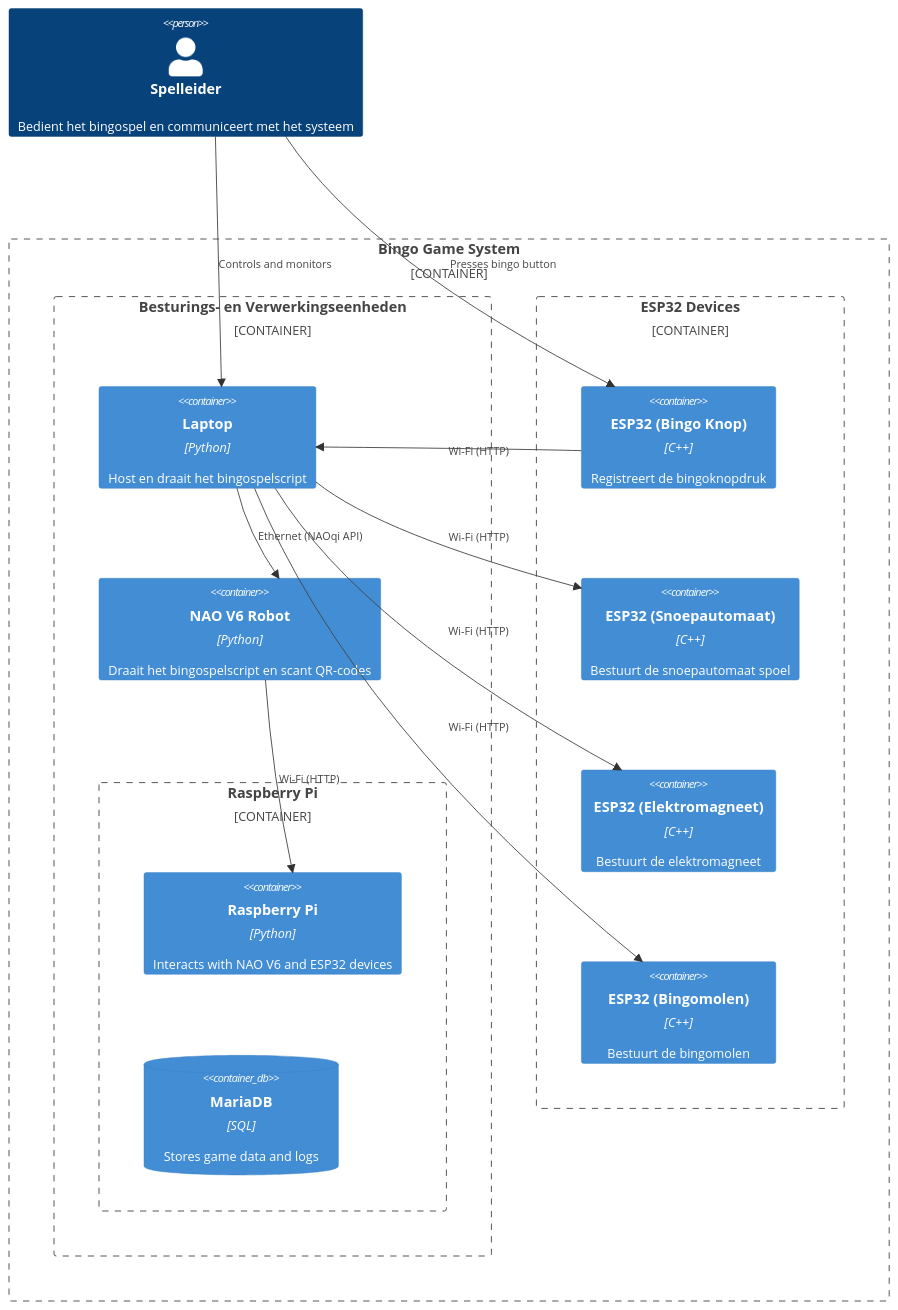
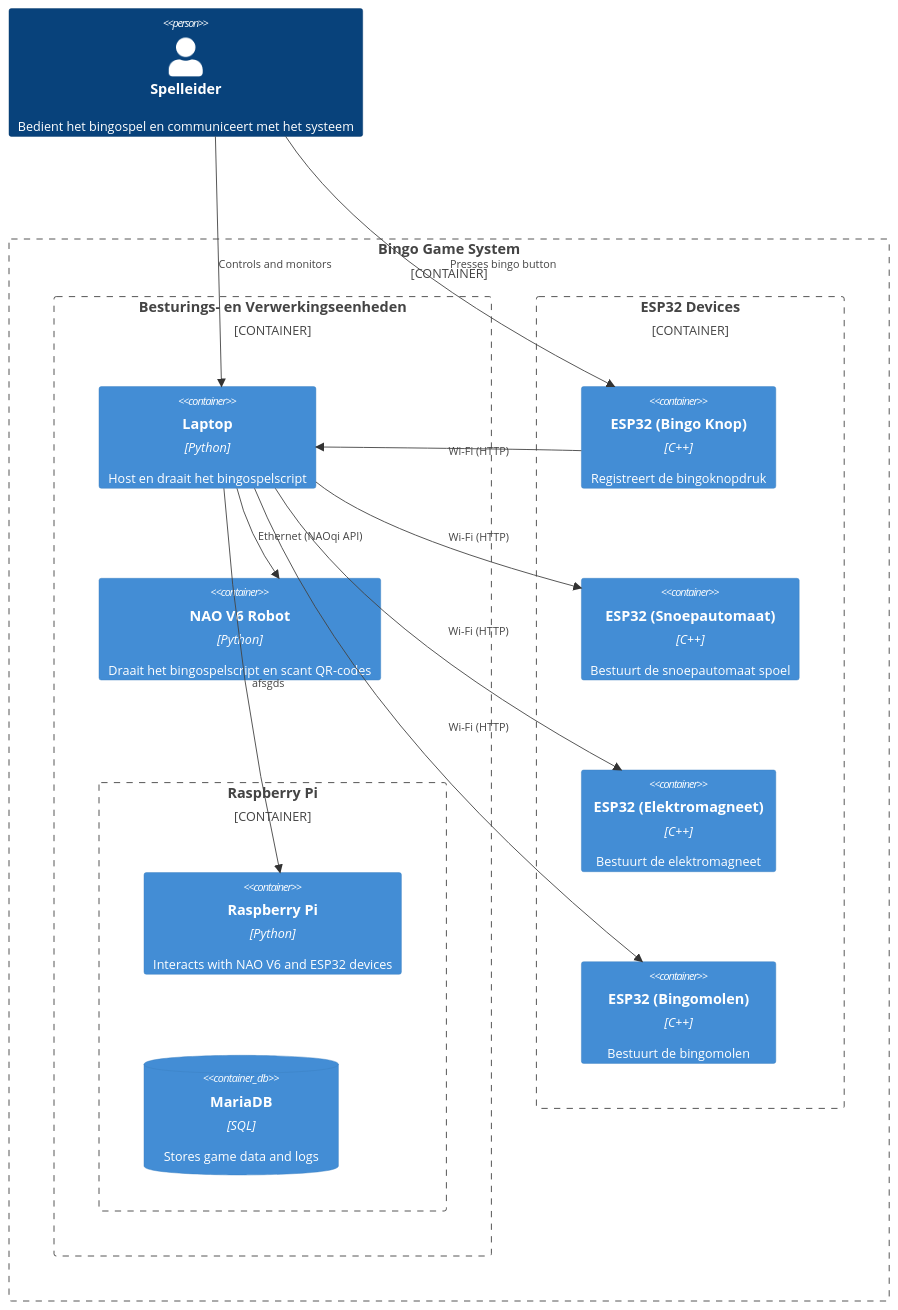
The first of 2 diagrams in docs/architecture/architecture_diagram.md (almukhabarat/bingo_game_elderly), drawn with Mermaid before and after one commit.

Commit message:
c4 system context diagram

````diff
--- a/docs/architecture/architecture_diagram.md
+++ b/docs/architecture/architecture_diagram.md
@@ -5,30 +5,30 @@
 ```mermaid
 C4Container
 Person(host, "Spelleider", "Bedient het bingospel en communiceert met het systeem")
 
 Container_Boundary(c1, "Bingo Game System") {
     Container_Boundary(c2, "Besturings- en Verwerkingseenheden") {
         Container(laptop, "Laptop", "Python", "Host en draait het bingospelscript")
         Container(nao_v6, "NAO V6 Robot", "Python", "Draait het bingospelscript en scant QR-codes")
         Container_Boundary(rpi_boundary, "Raspberry Pi") {
             Container(rpi, "Raspberry Pi", "Python", "Interacts with NAO V6 and ESP32 devices") 
             ContainerDb(mariadb, "MariaDB", "SQL", "Stores game data and logs")
         }
     }
     Container_Boundary(c3, "ESP32 Devices") {
         Container(esp32_bingo, "ESP32 (Bingo Knop)", "C++", "Registreert de bingoknopdruk")
         Container(esp32_vending, "ESP32 (Snoepautomaat)", "C++", "Bestuurt de snoepautomaat spoel")
         Container(esp32_electromagnet, "ESP32 (Elektromagneet)", "C++", "Bestuurt de elektromagneet")
         Container(esp32_molen, "ESP32 (Bingomolen)", "C++", "Bestuurt de bingomolen")
     }
 }
 
 Rel(host, laptop, "Controls and monitors")
 Rel(laptop, nao_v6, "Ethernet (NAOqi API)")
 Rel(esp32_bingo, laptop, "Wi-Fi (HTTP)")
 Rel(host, esp32_bingo, "Presses bingo button")
 Rel(laptop, esp32_vending, "Wi-Fi (HTTP)")
 Rel(laptop, esp32_electromagnet, "Wi-Fi (HTTP)")
-Rel(nao_v6, rpi, "Wi-Fi (HTTP)")
+Rel(laptop, rpi, "afsgds")
 Rel(laptop, esp32_molen, "Wi-Fi (HTTP)")
 ```
````
